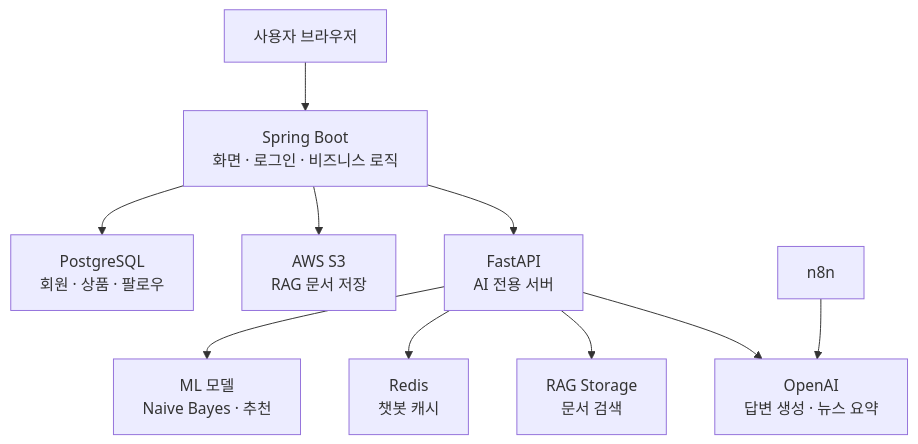
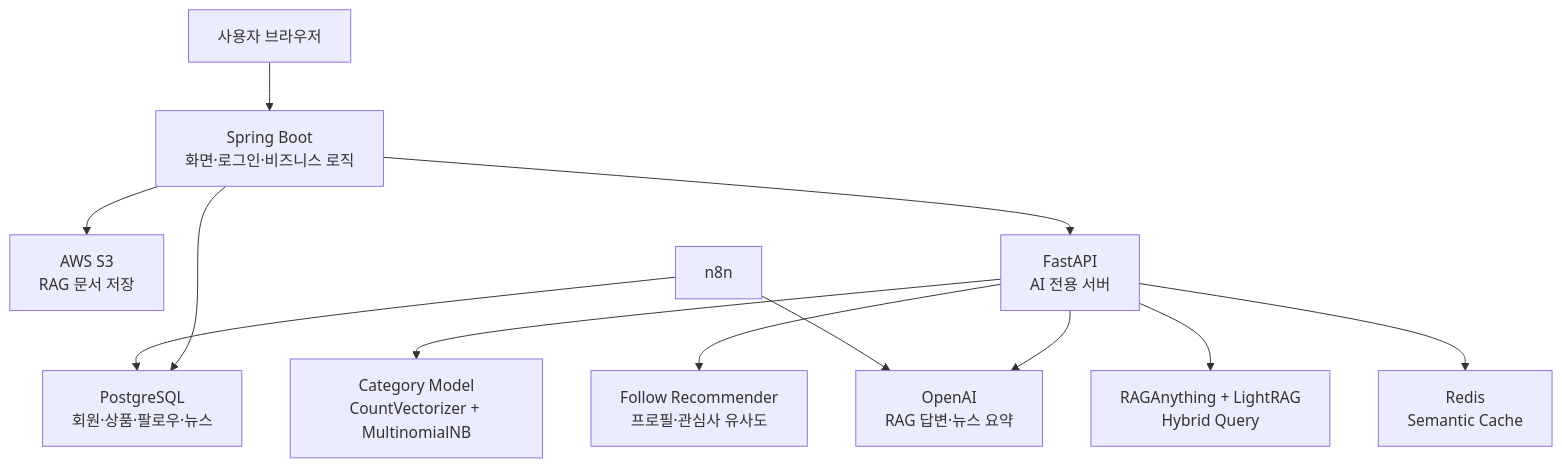
One commit to tomatosugarpickled/announcement-_ai changed the sixth of 6 diagrams in README.md. Above: the diagram before and after it, drawn with Mermaid. The commit also changed other lines of this file, not shown here.

````diff
--- a/README.md
+++ b/README.md
@@ -405,12 +396,14 @@
 ```mermaid
 flowchart TB
-    Browser["사용자 브라우저"] --> Spring["Spring Boot<br/>화면 · 로그인 · 비즈니스 로직"]
-    Spring --> DB["PostgreSQL<br/>회원 · 상품 · 팔로우"]
+    Browser["사용자 브라우저"] --> Spring["Spring Boot<br/>화면·로그인·비즈니스 로직"]
+    Spring --> DB["PostgreSQL<br/>회원·상품·팔로우·뉴스"]
     Spring --> S3["AWS S3<br/>RAG 문서 저장"]
     Spring --> FastAPI["FastAPI<br/>AI 전용 서버"]
-    FastAPI --> ML["ML 모델<br/>Naive Bayes · 추천"]
-    FastAPI --> Redis["Redis<br/>챗봇 캐시"]
-    FastAPI --> RAG["RAG Storage<br/>문서 검색"]
-    FastAPI --> OpenAI["OpenAI<br/>답변 생성 · 뉴스 요약"]
+    FastAPI --> Category["Category Model<br/>CountVectorizer + MultinomialNB"]
+    FastAPI --> Follow["Follow Recommender<br/>프로필·관심사 유사도"]
+    FastAPI --> RAG["RAGAnything + LightRAG<br/>Hybrid Query"]
+    FastAPI --> Redis["Redis<br/>Semantic Cache"]
+    FastAPI --> OpenAI["OpenAI<br/>RAG 답변·뉴스 요약"]
     N8N["n8n"] --> OpenAI
+    N8N --> DB
 ```
````
